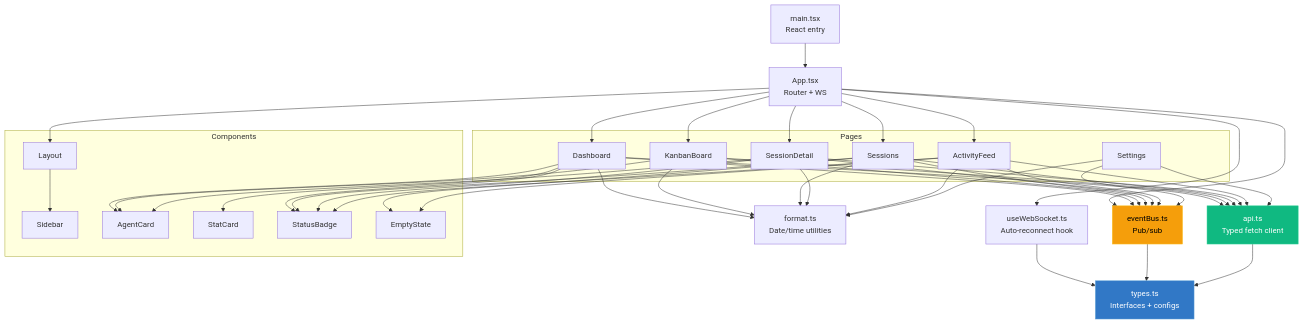
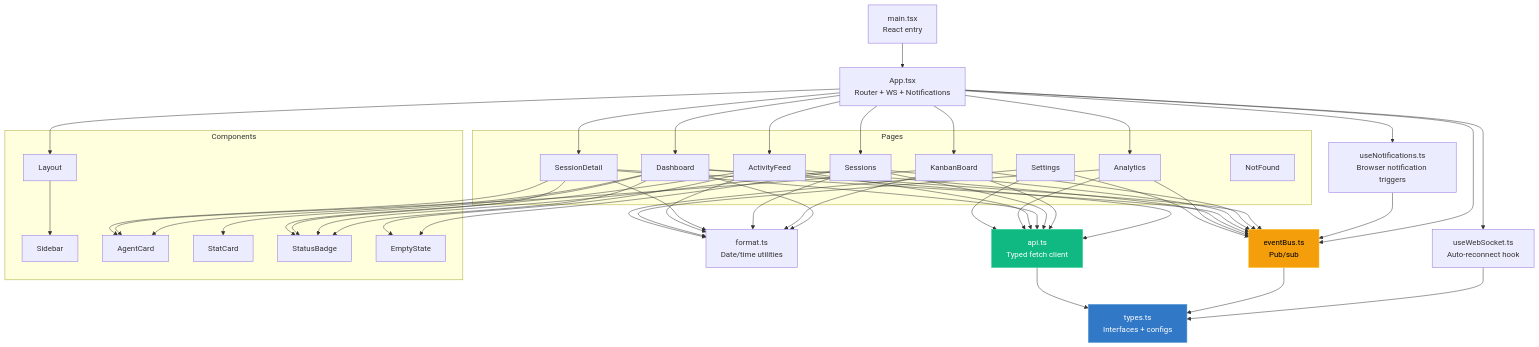
Before and after one commit to mirkanu/gsd-dashboard: the eighth of 21 diagrams in ARCHITECTURE.md, drawn with Mermaid. The commit also changed other lines of this file and 1 other file, not shown here.

First line of the commit message:
docs: add notifications coverage, ToC, and missing features to README and ARCHITECTURE

````diff
--- a/ARCHITECTURE.md
+++ b/ARCHITECTURE.md
@@ -325,55 +327,60 @@
 ```mermaid
 graph TD
     MAIN["main.tsx<br/>React entry"]
-    APP["App.tsx<br/>Router + WS"]
+    APP["App.tsx<br/>Router + WS + Notifications"]
     EB["eventBus.ts<br/>Pub/sub"]
     WS["useWebSocket.ts<br/>Auto-reconnect hook"]
+    NOTIF["useNotifications.ts<br/>Browser notification triggers"]
     API["api.ts<br/>Typed fetch client"]
     TYPES["types.ts<br/>Interfaces + configs"]
     FMT["format.ts<br/>Date/time utilities"]
 
     MAIN --> APP
     APP --> WS
     APP --> EB
+    APP --> NOTIF
+    NOTIF --> EB
     WS --> TYPES
     EB --> TYPES
 
     subgraph Pages
         D[Dashboard]
         K[KanbanBoard]
         S[Sessions]
         SD[SessionDetail]
         AF[ActivityFeed]
+        AN[Analytics]
         SET[Settings]
+        NF[NotFound]
     end
 
-    APP --> D & K & S & SD & AF
-    D & K & S & SD & AF --> API
-    D & K & S & SD & AF --> EB
-    D & K & S & SD & AF --> FMT
+    APP --> D & K & S & SD & AF & AN
+    D & K & S & SD & AF & AN --> API
+    D & K & S & SD & AF & AN --> EB
+    D & K & S & SD & AF & AN --> FMT
     SET --> API
     SET --> EB
     SET --> FMT
     API --> TYPES
 
     subgraph Components
         L[Layout]
         SB[Sidebar]
         AGC[AgentCard]
         STC[StatCard]
         STB[StatusBadge]
         ES[EmptyState]
     end
 
     D --> STC & AGC & STB
     K --> AGC
     S --> STB & ES
     SD --> AGC & STB
     AF --> STB & ES
     APP --> L
     L --> SB
 
     style TYPES fill:#3178C6,stroke:#5a9fd4,color:#fff
     style EB fill:#f59e0b,stroke:#fbbf24,color:#000
     style API fill:#10b981,stroke:#34d399,color:#fff
 ```
````
